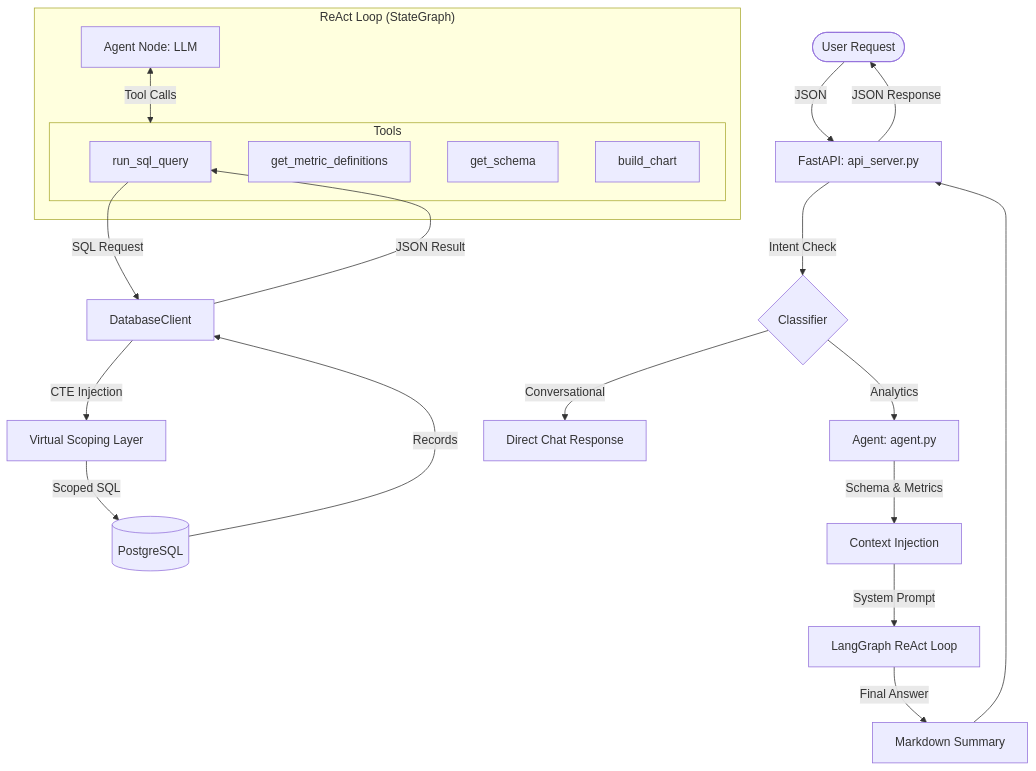
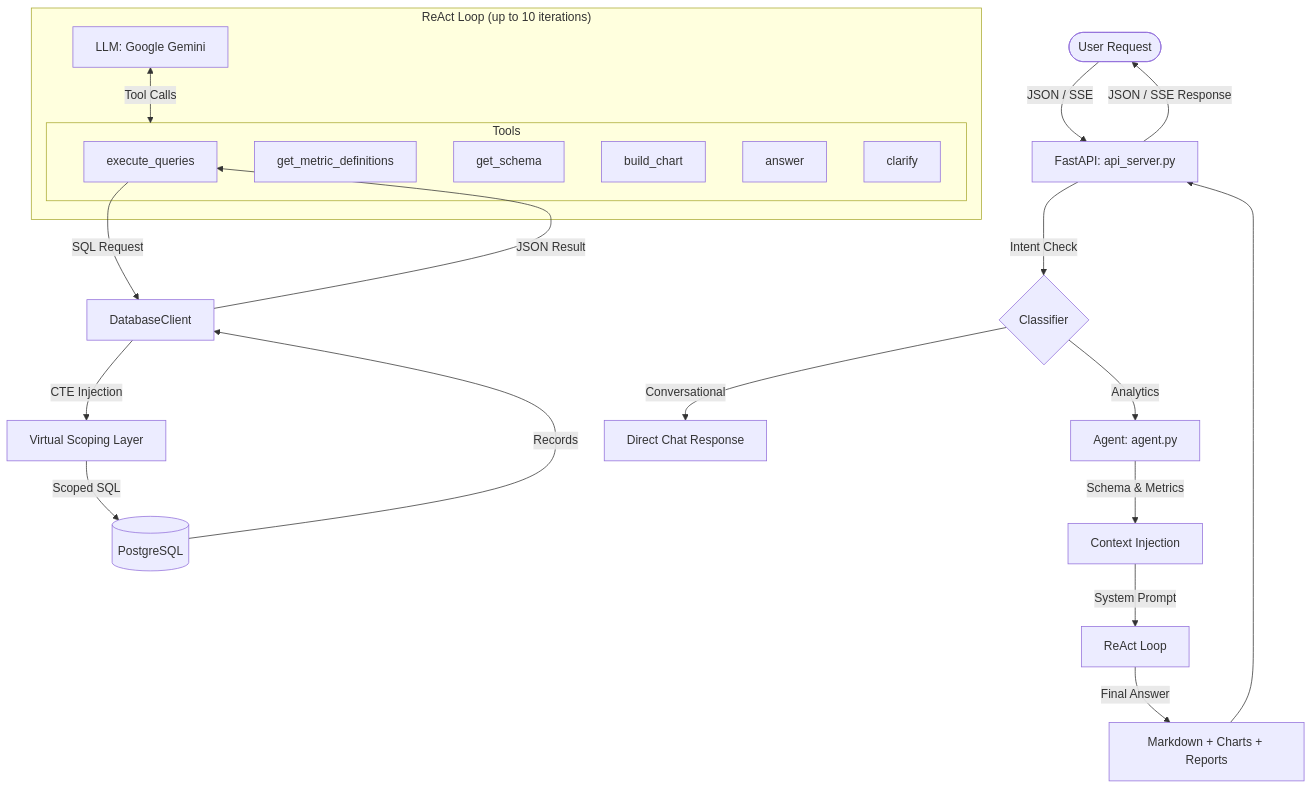
One commit to kmzpatil/Agentic-Dashboard changed the first of 2 diagrams in architecture_analysis.md. Above: the diagram before and after it, drawn with Mermaid. The commit also changed other lines of this file and 41 other files, not shown here.

````diff
--- a/architecture_analysis.md
+++ b/architecture_analysis.md
@@ -11,33 +11,35 @@
 ```mermaid
 graph TD
-    User([User Request]) -->|JSON| API[FastAPI: api_server.py]
+    User([User Request]) -->|JSON / SSE| API[FastAPI: api_server.py]
     API -->|Intent Check| Classifier{Classifier}
-    
+
     Classifier -->|Conversational| Chat[Direct Chat Response]
     Classifier -->|Analytics| Orchestrator[Agent: agent.py]
-    
+
     Orchestrator -->|Schema & Metrics| Context[Context Injection]
-    Context -->|System Prompt| Loop[LangGraph ReAct Loop]
-    
-    subgraph "ReAct Loop (StateGraph)"
-        Agent[Agent Node: LLM] <-->|Tool Calls| Tools[Tool Node]
+    Context -->|System Prompt| Loop[ReAct Loop]
+
+    subgraph "ReAct Loop (up to 10 iterations)"
+        Agent[LLM: Google Gemini] <-->|Tool Calls| Tools[Tool Dispatcher]
     end
-    
+
     subgraph "Tools"
-        SQL[run_sql_query]
+        SQL[execute_queries]
         Metric[get_metric_definitions]
         Meta[get_schema]
         Chart[build_chart]
+        Answer[answer]
+        Clarify[clarify]
     end
-    
+
     SQL -->|SQL Request| DBClient[DatabaseClient]
     DBClient -->|CTE Injection| Scoping[Virtual Scoping Layer]
     Scoping -->|Scoped SQL| PG[(PostgreSQL)]
-    
+
     PG -->|Records| DBClient
     DBClient -->|JSON Result| SQL
-    
-    Loop -->|Final Answer| Summary[Markdown Summary]
+
+    Loop -->|Final Answer| Summary[Markdown + Charts + Reports]
     Summary --> API
-    API -->|JSON Response| User
+    API -->|JSON / SSE Response| User
 ```
````
